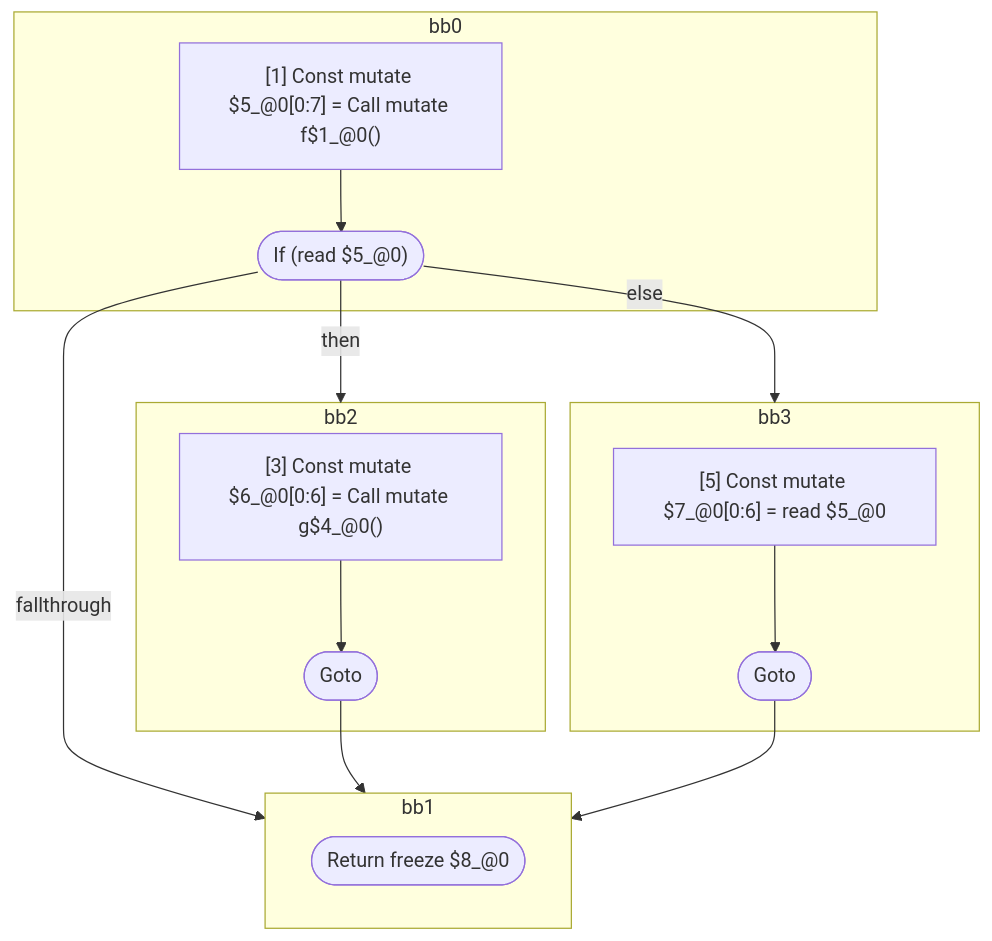
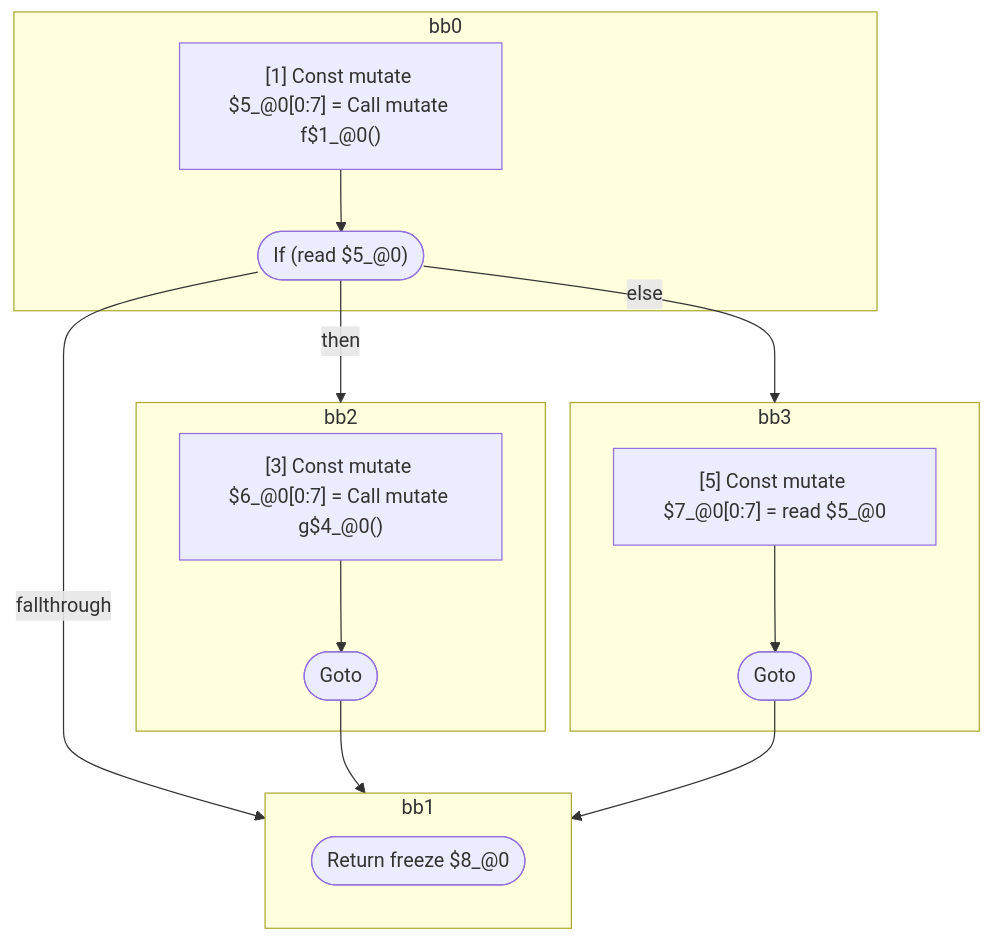
The first of 5 diagrams in compiler/forget/src/__tests__/fixtures/hir/logical-expression.expect.md (wutsmog/private), drawn with Mermaid before and after one commit. The commit also changed other lines of this file and 30 other files, not shown here.

First line of the commit message:
Merge scopes that interleave or cross control-flow boundaries together

````diff
--- a/compiler/forget/src/__tests__/fixtures/hir/logical-expression.expect.md
+++ b/compiler/forget/src/__tests__/fixtures/hir/logical-expression.expect.md
@@ -44,33 +44,33 @@
 ```mermaid
 flowchart TB
   %% Basic Blocks
   subgraph bb0
     bb0_instrs["
       [1] Const mutate $5_@0[0:7] = Call mutate f$1_@0()
     "]
     bb0_instrs --> bb0_terminal(["If (read $5_@0)"])
   end
   subgraph bb2
     bb2_instrs["
-      [3] Const mutate $6_@0[0:6] = Call mutate g$4_@0()
+      [3] Const mutate $6_@0[0:7] = Call mutate g$4_@0()
     "]
     bb2_instrs --> bb2_terminal(["Goto"])
   end
   subgraph bb3
     bb3_instrs["
-      [5] Const mutate $7_@0[0:6] = read $5_@0
+      [5] Const mutate $7_@0[0:7] = read $5_@0
     "]
     bb3_instrs --> bb3_terminal(["Goto"])
   end
   subgraph bb1
     bb1_terminal(["Return freeze $8_@0"])
   end
 
   %% Jumps
   bb0_terminal -- "then" --> bb2
   bb0_terminal -- "else" --> bb3
   bb0_terminal -- "fallthrough" --> bb1
   bb2_terminal --> bb1
   bb3_terminal --> bb1
 
 ```
````
